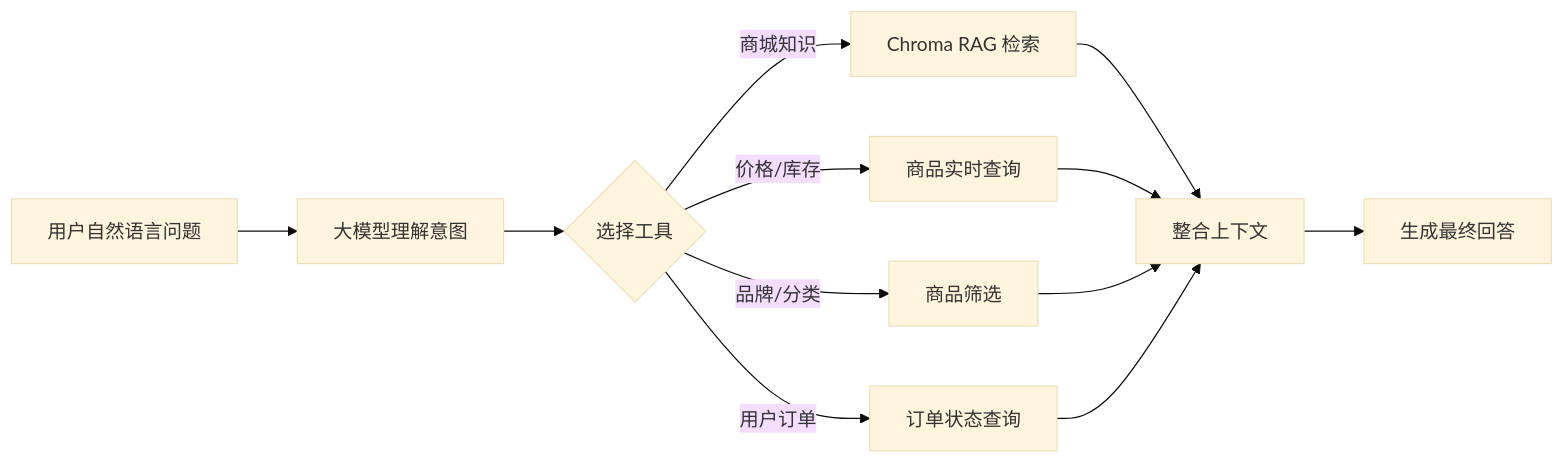
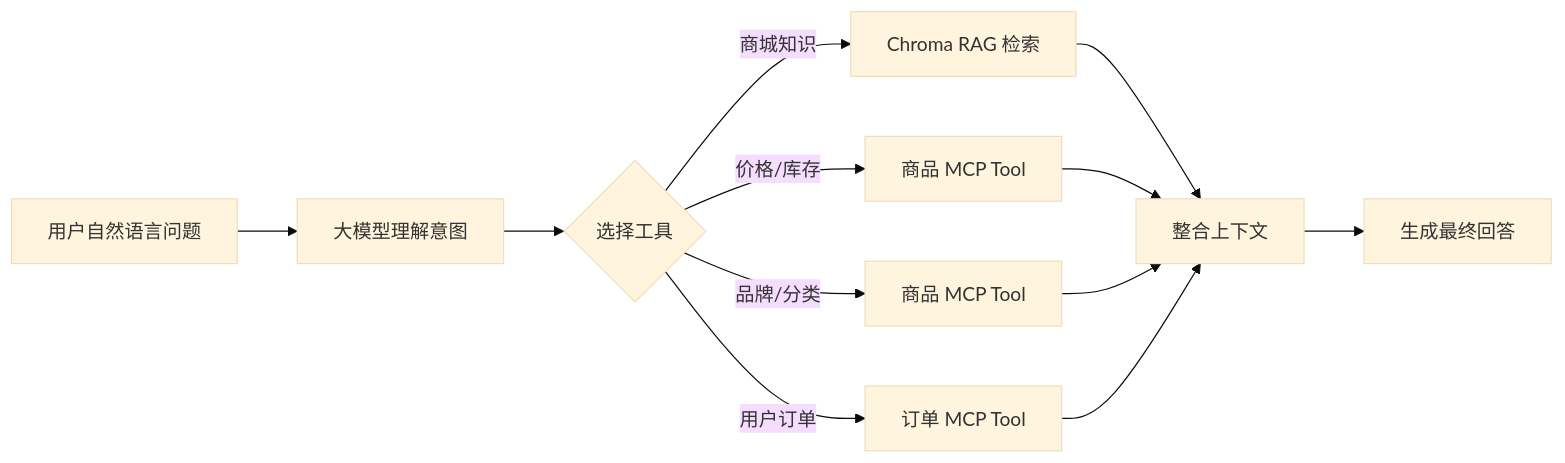
One commit to zoupingan/pet-mall changed the third of 3 diagrams in README.md. Above: the diagram before and after it, drawn with Mermaid (base theme). The commit also changed other lines of this file, not shown here.

Commit message:
docs: document RAG MCP and trace improvements

````diff
--- a/README.md
+++ b/README.md
@@ -161,14 +169,14 @@
 ```mermaid
 flowchart LR
     Q["用户自然语言问题"] --> L["大模型理解意图"]
     L --> T{"选择工具"}
     T -->|商城知识| V["Chroma RAG 检索"]
-    T -->|价格/库存| P["商品实时查询"]
-    T -->|品牌/分类| S["商品筛选"]
-    T -->|用户订单| O["订单状态查询"]
+    T -->|价格/库存| P["商品 MCP Tool"]
+    T -->|品牌/分类| S["商品 MCP Tool"]
+    T -->|用户订单| O["订单 MCP Tool"]
     V --> F["整合上下文"]
     P --> F
     S --> F
     O --> F
     F --> A["生成最终回答"]
 ```
````
